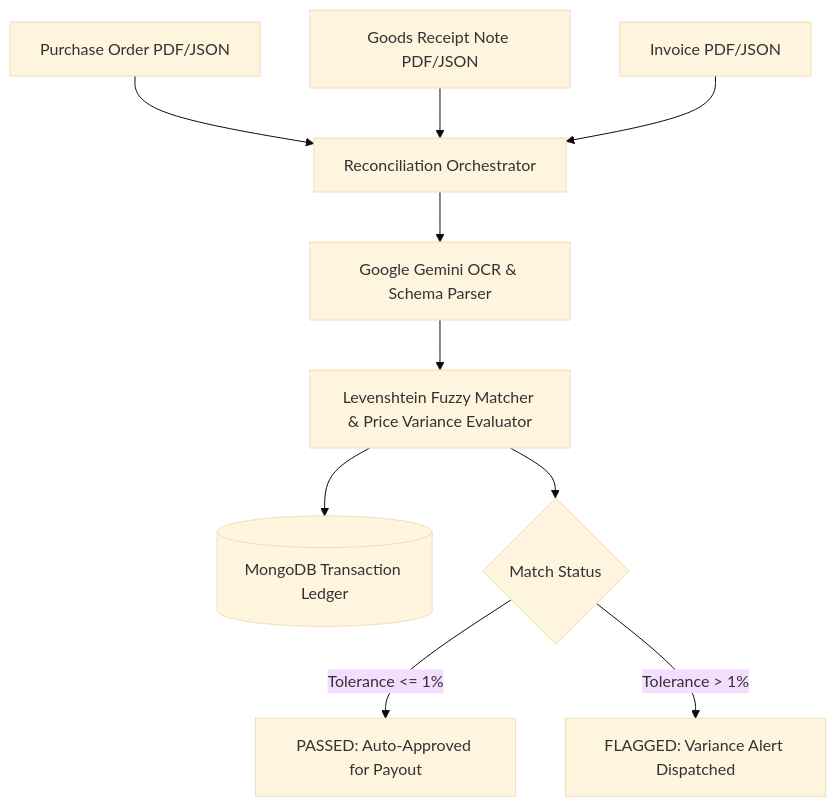
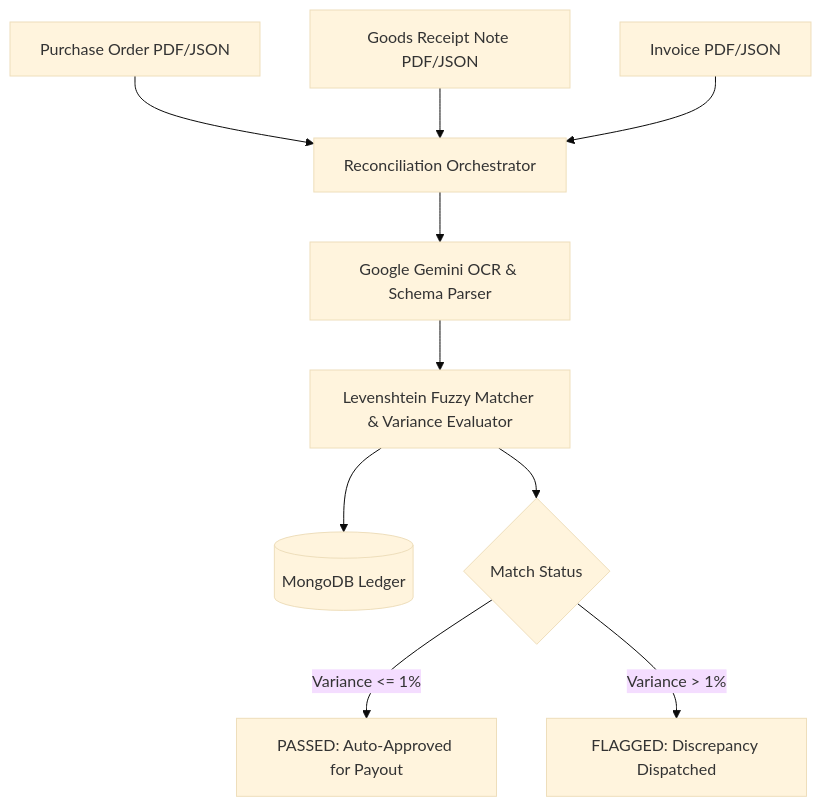
The diagram in README.md (KrishnaKanhaiya1/Three-Way-MatchEngine), drawn with Mermaid (base theme) before and after one commit. The commit also changed other lines of this file, not shown here.

Commit message:
docs: update best-in-class README with UI feature matrix, architecture diagrams & live badges

````diff
--- a/README.md
+++ b/README.md
@@ -16,12 +14,12 @@
 ```mermaid
 graph TD
     PO[Purchase Order PDF/JSON] --> Engine[Reconciliation Orchestrator]
     GRN[Goods Receipt Note PDF/JSON] --> Engine
     INV[Invoice PDF/JSON] --> Engine
     Engine --> OCR[Google Gemini OCR & Schema Parser]
-    OCR --> Matcher[Levenshtein Fuzzy Matcher & Price Variance Evaluator]
-    Matcher --> DB[(MongoDB Transaction Ledger)]
+    OCR --> Matcher[Levenshtein Fuzzy Matcher & Variance Evaluator]
+    Matcher --> DB[(MongoDB Ledger)]
     Matcher --> Status{Match Status}
-    Status -->|Tolerance <= 1%| PASSED[PASSED: Auto-Approved for Payout]
-    Status -->|Tolerance > 1%| FLAGGED[FLAGGED: Variance Alert Dispatched]
+    Status -->|Variance <= 1%| PASSED[PASSED: Auto-Approved for Payout]
+    Status -->|Variance > 1%| FLAGGED[FLAGGED: Discrepancy Dispatched]
 ```
````
